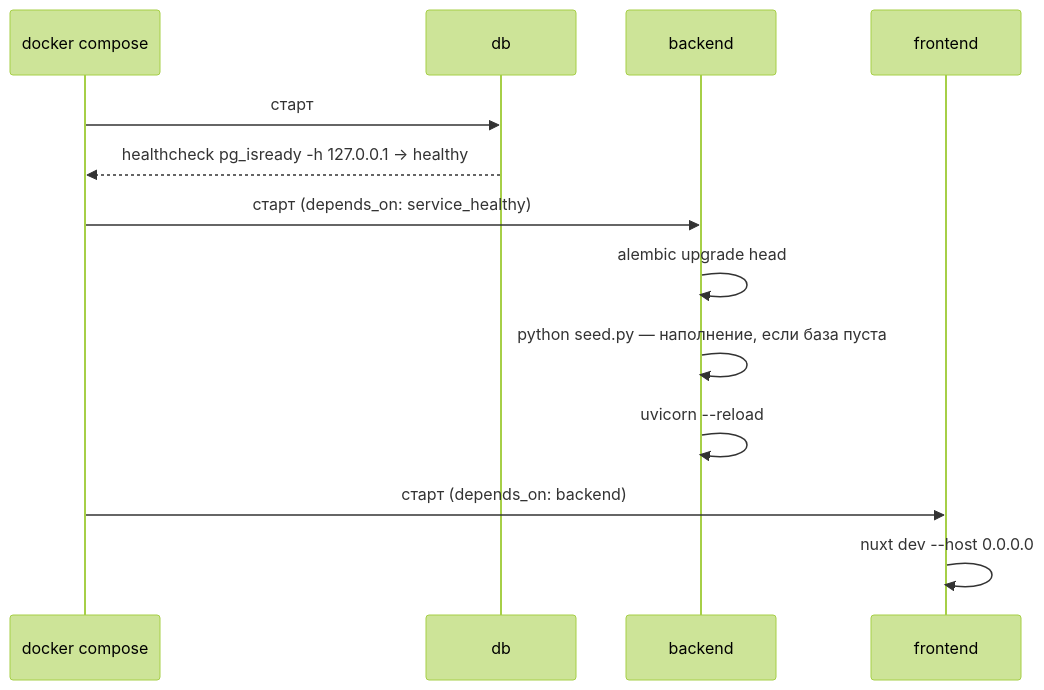
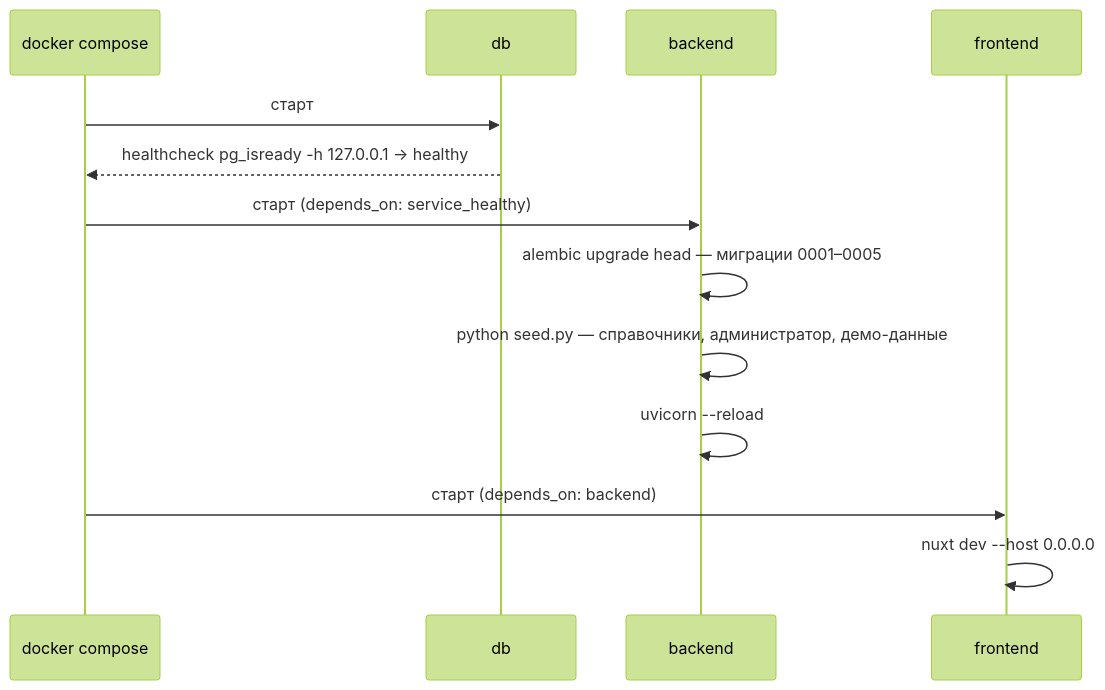
The fourth of 4 diagrams in docs/02-architecture.md (kirillrub108/web-hotel), drawn with Mermaid (forest theme) before and after one commit. The commit also changed other lines of this file and 12 other files, not shown here.

````diff
--- a/docs/02-architecture.md
+++ b/docs/02-architecture.md
@@ -62,15 +131,15 @@
 ```mermaid
 sequenceDiagram
   participant C as docker compose
   participant D as db
   participant B as backend
   participant F as frontend
   C->>D: старт
   D-->>C: healthcheck pg_isready -h 127.0.0.1 → healthy
   C->>B: старт (depends_on: service_healthy)
-  B->>B: alembic upgrade head
-  B->>B: python seed.py — наполнение, если база пуста
+  B->>B: alembic upgrade head — миграции 0001–0005
+  B->>B: python seed.py — справочники, администратор, демо-данные
   B->>B: uvicorn --reload
   C->>F: старт (depends_on: backend)
   F->>F: nuxt dev --host 0.0.0.0
 ```
````
